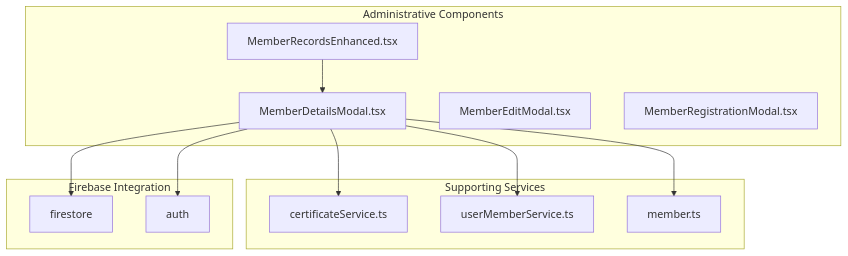
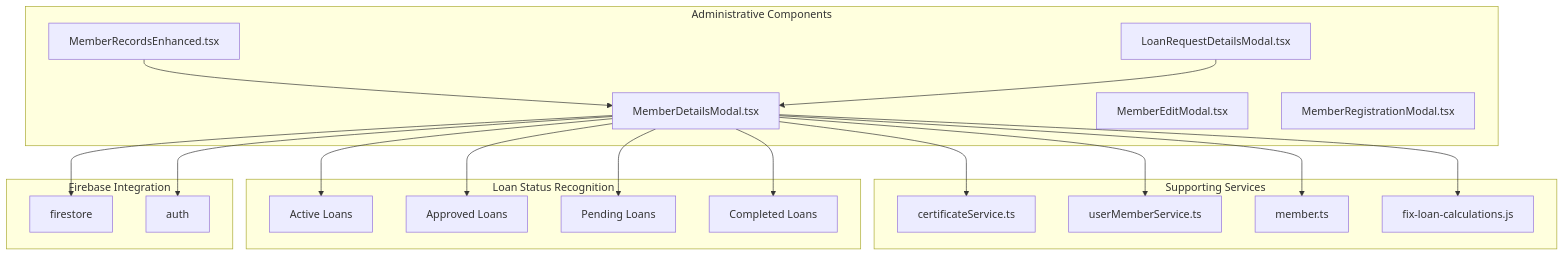
One commit to Unsure-bry/sampacoop_system changed the first of 9 diagrams in .qoder/repowiki/en/content/Member Details Modal.md. Above: the diagram before and after it, drawn with Mermaid. The commit also changed other lines of this file and 7 other files, not shown here.

````diff
--- a/.qoder/repowiki/en/content/Member Details Modal.md
+++ b/.qoder/repowiki/en/content/Member Details Modal.md
@@ -34,24 +50,38 @@
 ```mermaid
 graph TB
 subgraph "Administrative Components"
 MDM[MemberDetailsModal.tsx]
 MRE[MemberRecordsEnhanced.tsx]
 MEM[MemberEditModal.tsx]
 MRG[MemberRegistrationModal.tsx]
+LRDM[LoanRequestDetailsModal.tsx]
 end
 subgraph "Supporting Services"
 CERT[certificateService.ts]
 UMS[userMemberService.ts]
 TYPES[member.ts]
+SCRIPTS[fix-loan-calculations.js]
+end
+subgraph "Loan Status Recognition"
+ACTIVE[Active Loans]
+APPROVED[Approved Loans]
+PENDING[Pending Loans]
+COMPLETED[Completed Loans]
 end
 subgraph "Firebase Integration"
 FIRE[firestore]
 AUTH[auth]
 end
 MDM --> CERT
 MDM --> UMS
 MDM --> TYPES
 MDM --> FIRE
 MDM --> AUTH
+MDM --> SCRIPTS
+MDM --> ACTIVE
+MDM --> APPROVED
+MDM --> PENDING
+MDM --> COMPLETED
 MRE --> MDM
+LRDM --> MDM
 ```
````
